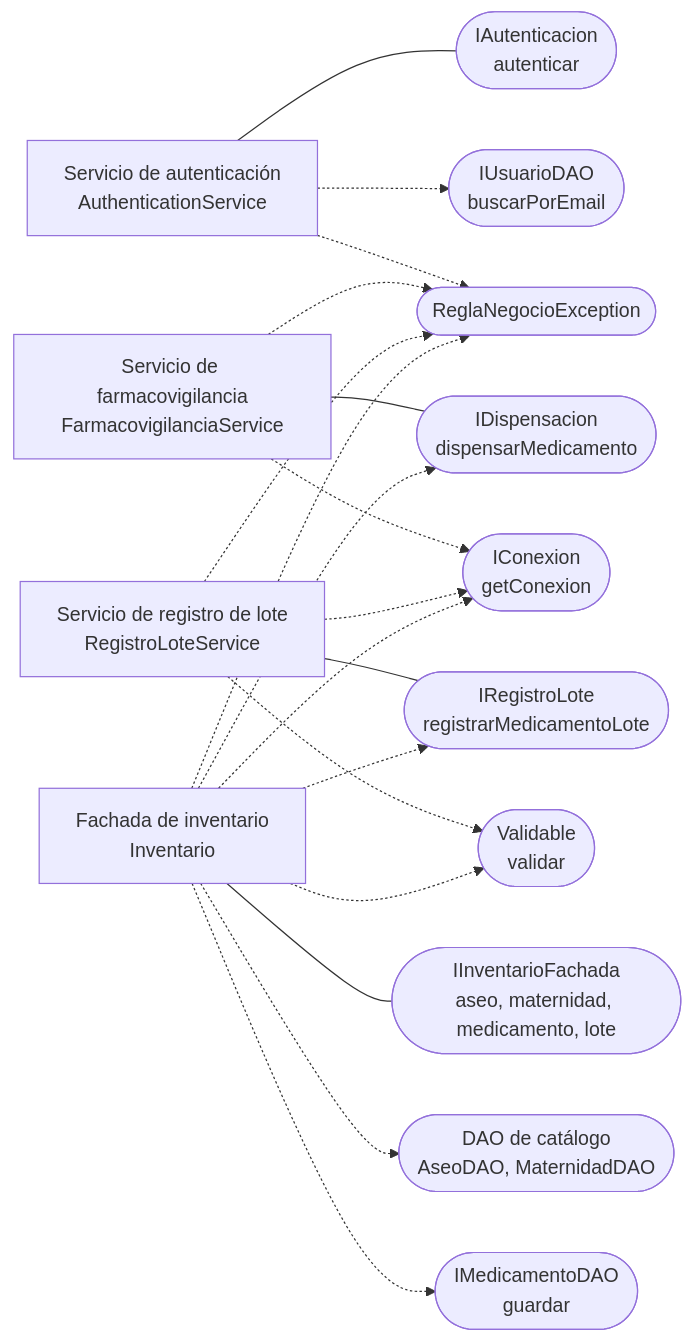
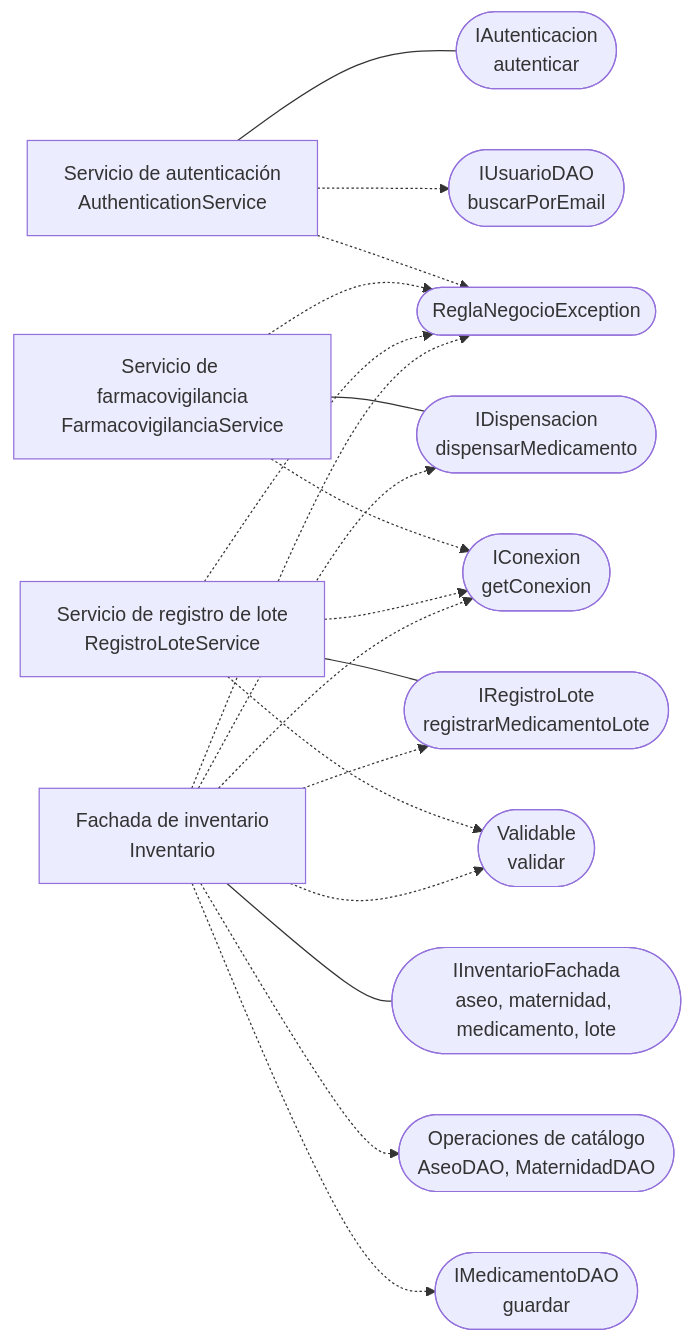
Before and after one commit to puj-course/FIS_2630_1204_G1: the diagram in docs/diagramas/COMPONENTE_SERVICIOS_NEGOCIO.md, drawn with Mermaid. The commit also changed 1 other file, not shown here.

Commit message:
docs(arquitectura): alinear nombres de interfaces entre los componentes y el diagrama general
Refs #641

````diff
--- a/docs/diagramas/COMPONENTE_SERVICIOS_NEGOCIO.md
+++ b/docs/diagramas/COMPONENTE_SERVICIOS_NEGOCIO.md
@@ -7,39 +7,39 @@
 ```mermaid
 flowchart LR
     AUTH["Servicio de autenticación<br/>AuthenticationService"]
     DISP["Servicio de farmacovigilancia<br/>FarmacovigilanciaService"]
     REG["Servicio de registro de lote<br/>RegistroLoteService"]
     FAC["Fachada de inventario<br/>Inventario"]
 
     IAUT(["IAutenticacion<br/>autenticar"])
     IDISP(["IDispensacion<br/>dispensarMedicamento"])
     IREGL(["IRegistroLote<br/>registrarMedicamentoLote"])
     IFAC(["IInventarioFachada<br/>aseo, maternidad, medicamento, lote"])
 
     IUSU(["IUsuarioDAO<br/>buscarPorEmail"])
     IMED(["IMedicamentoDAO<br/>guardar"])
-    ICAT(["DAO de catálogo<br/>AseoDAO, MaternidadDAO"])
+    ICAT(["Operaciones de catálogo<br/>AseoDAO, MaternidadDAO"])
     ICON(["IConexion<br/>getConexion"])
     IVAL(["Validable<br/>validar"])
     IREG(["ReglaNegocioException"])
 
     AUTH --- IAUT
     DISP --- IDISP
     REG --- IREGL
     FAC --- IFAC
 
     AUTH -.-> IUSU
     AUTH -.-> IREG
     DISP -.-> ICON
     DISP -.-> IREG
     REG -.-> ICON
     REG -.-> IVAL
     REG -.-> IREG
     FAC -.-> ICAT
     FAC -.-> IMED
     FAC -.-> IREGL
     FAC -.-> IDISP
     FAC -.-> ICON
     FAC -.-> IVAL
     FAC -.-> IREG
 ```
````
